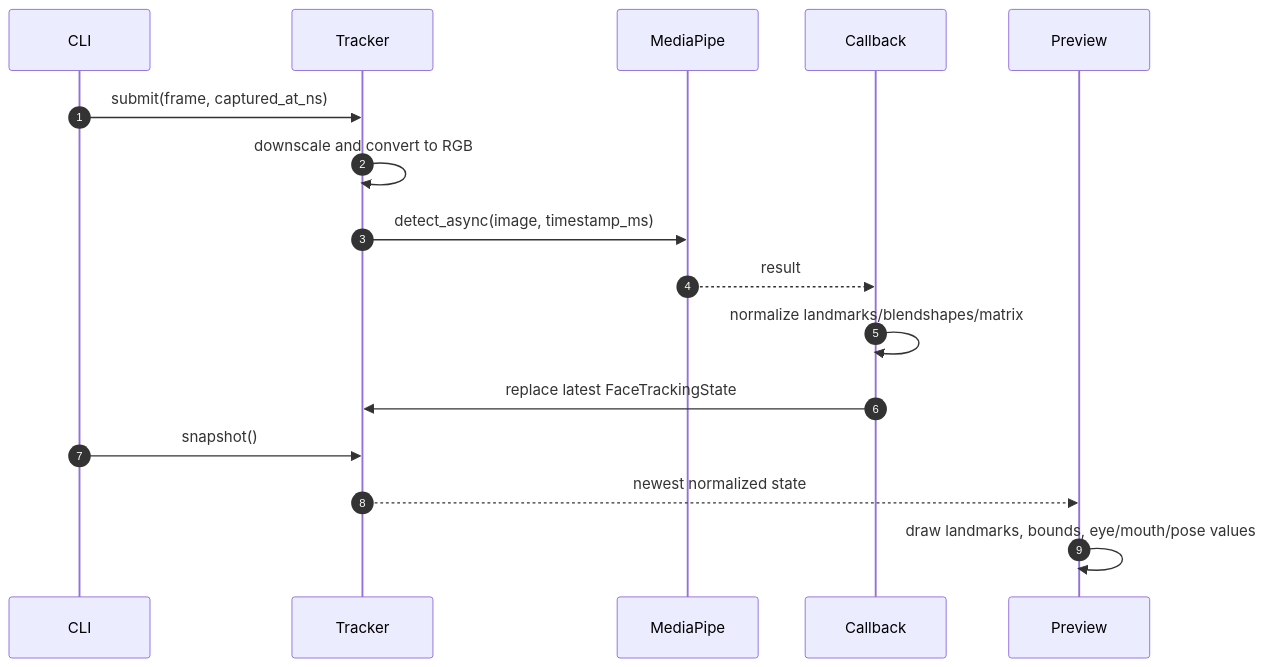
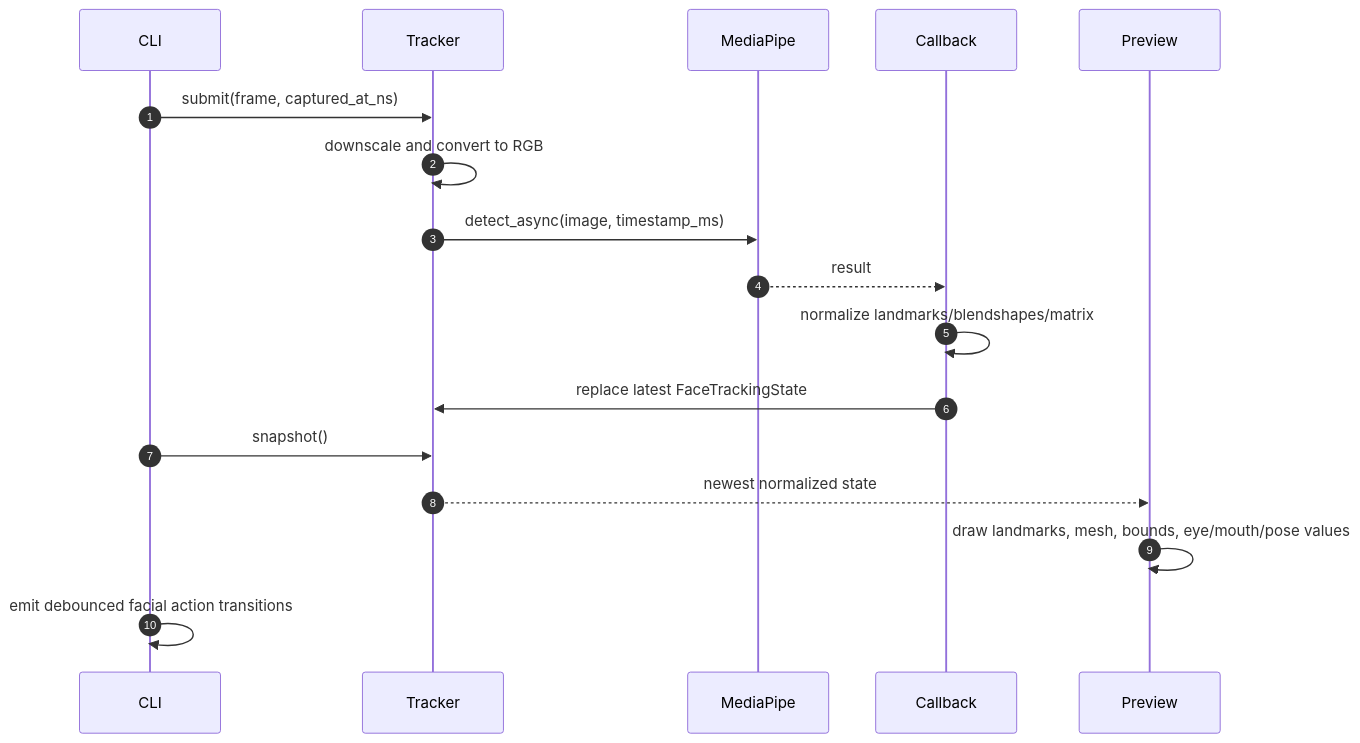
One commit to Zanark/KardboardCode-VTuber changed the second of 2 diagrams in docs/06-face-tracking/README.md. Above: the diagram before and after it, drawn with Mermaid. The commit also changed other lines of this file and 11 other files, not shown here.

First line of the commit message:
Add facial action tracking diagnostics

````diff
--- a/docs/06-face-tracking/README.md
+++ b/docs/06-face-tracking/README.md
@@ -55,18 +56,19 @@
 ```mermaid
 sequenceDiagram
     autonumber
     participant CLI
     participant Tracker
     participant MediaPipe
     participant Callback
     participant Preview
     CLI->>Tracker: submit(frame, captured_at_ns)
     Tracker->>Tracker: downscale and convert to RGB
     Tracker->>MediaPipe: detect_async(image, timestamp_ms)
     MediaPipe-->>Callback: result
     Callback->>Callback: normalize landmarks/blendshapes/matrix
     Callback->>Tracker: replace latest FaceTrackingState
     CLI->>Tracker: snapshot()
     Tracker-->>Preview: newest normalized state
-    Preview->>Preview: draw landmarks, bounds, eye/mouth/pose values
+    Preview->>Preview: draw landmarks, mesh, bounds, eye/mouth/pose values
+    CLI->>CLI: emit debounced facial action transitions
 ```
````
